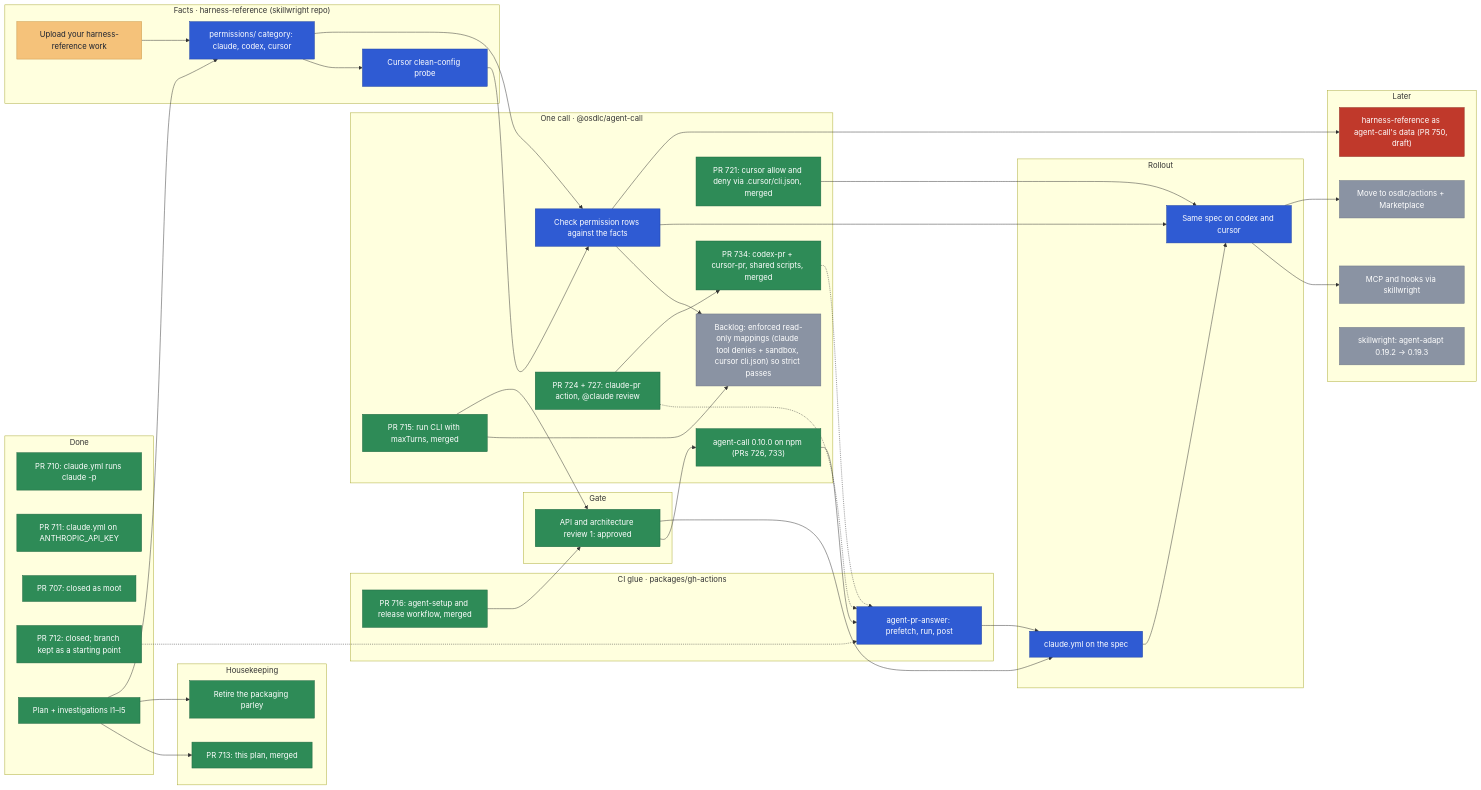
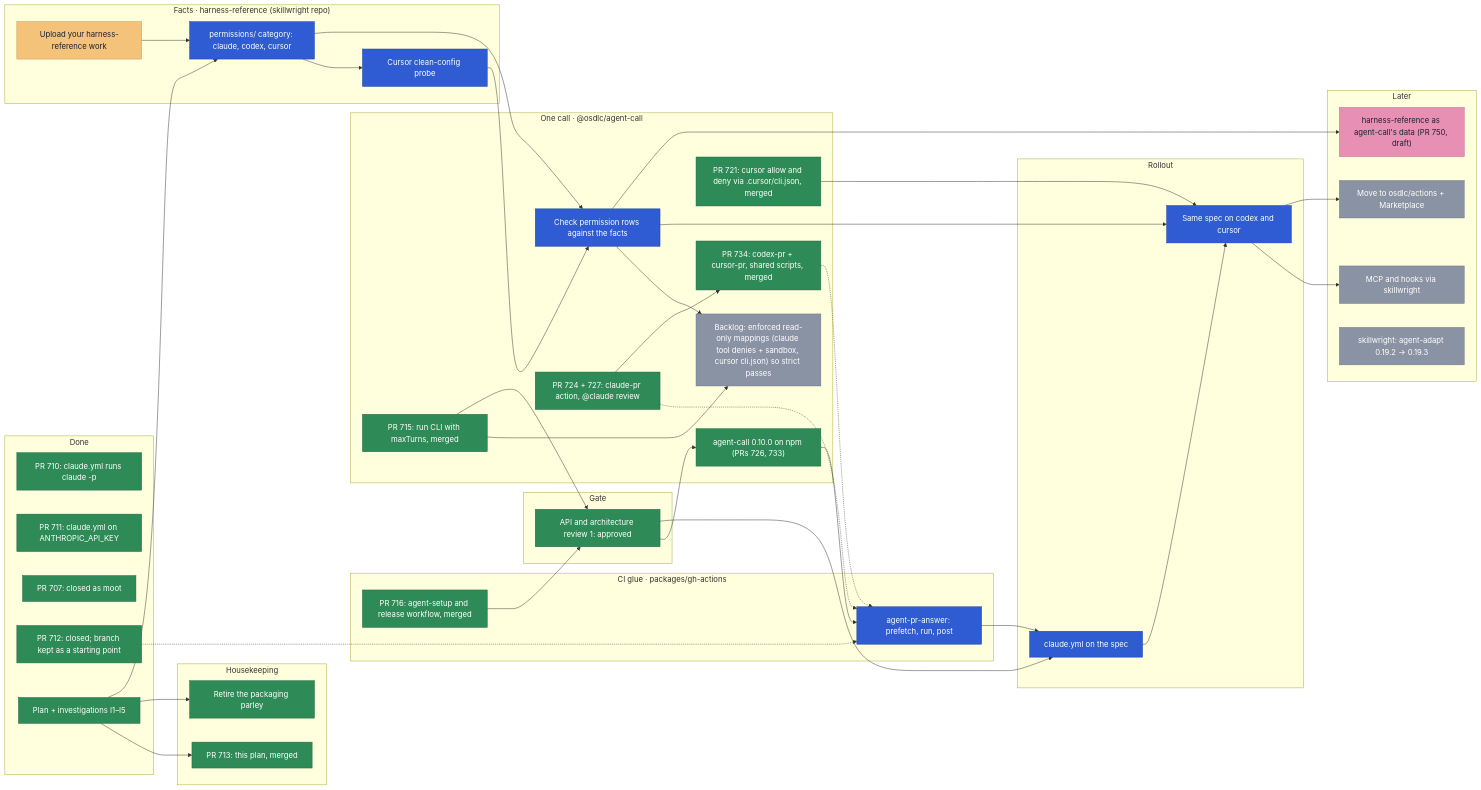
Before and after one commit to osdlc/osdlc: the diagram in docs/planning/agent-ci.md, drawn with Mermaid. The commit also changed other lines of this file, not shown here.

````diff
--- a/docs/planning/agent-ci.md
+++ b/docs/planning/agent-ci.md
@@ -125,5 +125,5 @@
   class REL done
   class CUR done
   class MCP,PUB,PIN,STRICT later
-  class DATA blocked
+  class DATA external
 ```
````
